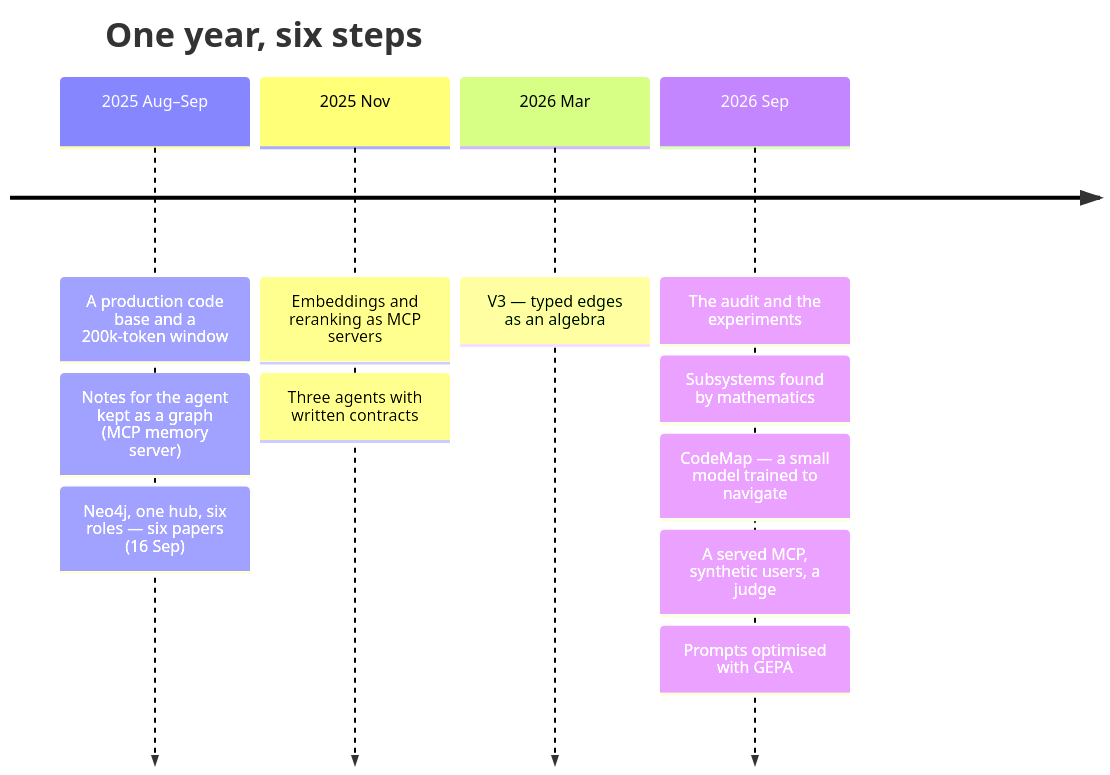
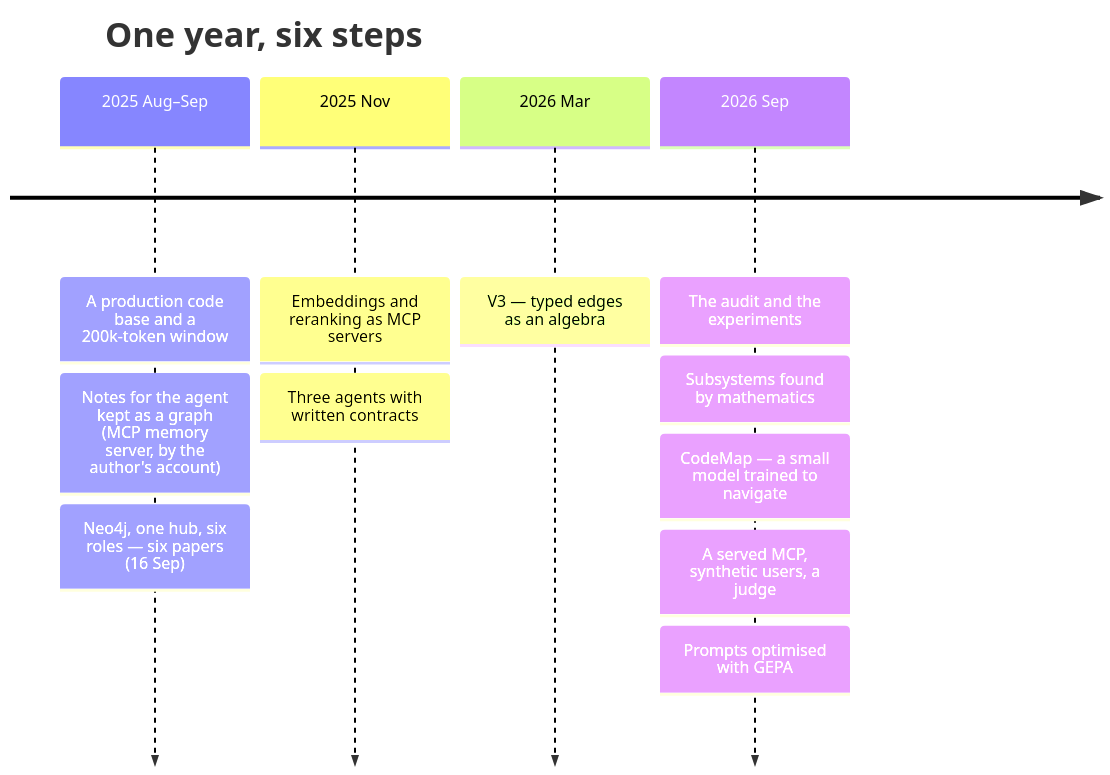
One commit to Check-It-Out-Dev/graph-theory-system-modeling changed the diagram in docs/STORY.md. Above: the diagram before and after it, drawn with Mermaid. The commit also changed other lines of this file and 5 other files, not shown here.

````diff
--- a/docs/STORY.md
+++ b/docs/STORY.md
@@ -7,8 +7,8 @@
 ```mermaid
 timeline
     title One year, six steps
-    2025 Aug–Sep : A production code base and a 200k-token window : Notes for the agent kept as a graph (MCP memory server) : Neo4j, one hub, six roles — six papers (16 Sep)
+    2025 Aug–Sep : A production code base and a 200k-token window : Notes for the agent kept as a graph (MCP memory server, by the author's account) : Neo4j, one hub, six roles — six papers (16 Sep)
     2025 Nov : Embeddings and reranking as MCP servers : Three agents with written contracts
     2026 Mar : V3 — typed edges as an algebra
     2026 Sep : The audit and the experiments : Subsystems found by mathematics : CodeMap — a small model trained to navigate : A served MCP, synthetic users, a judge : Prompts optimised with GEPA
 ```
````
